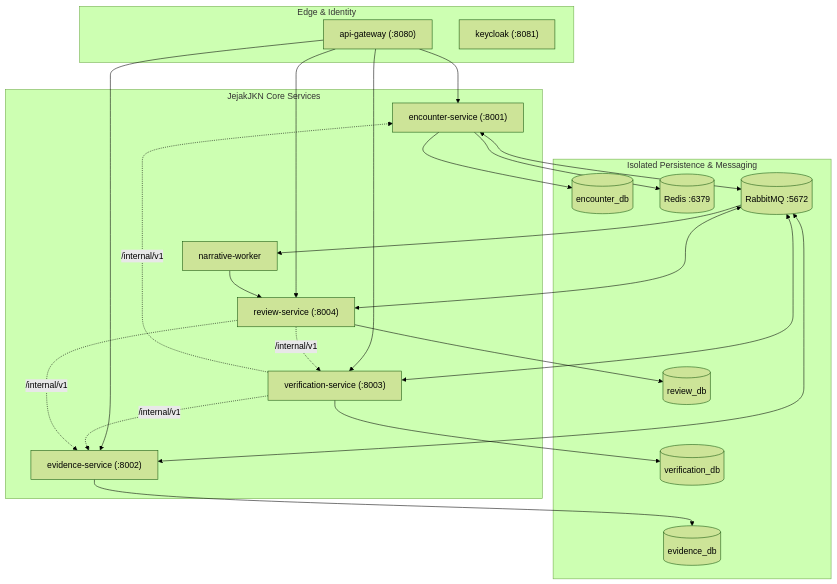
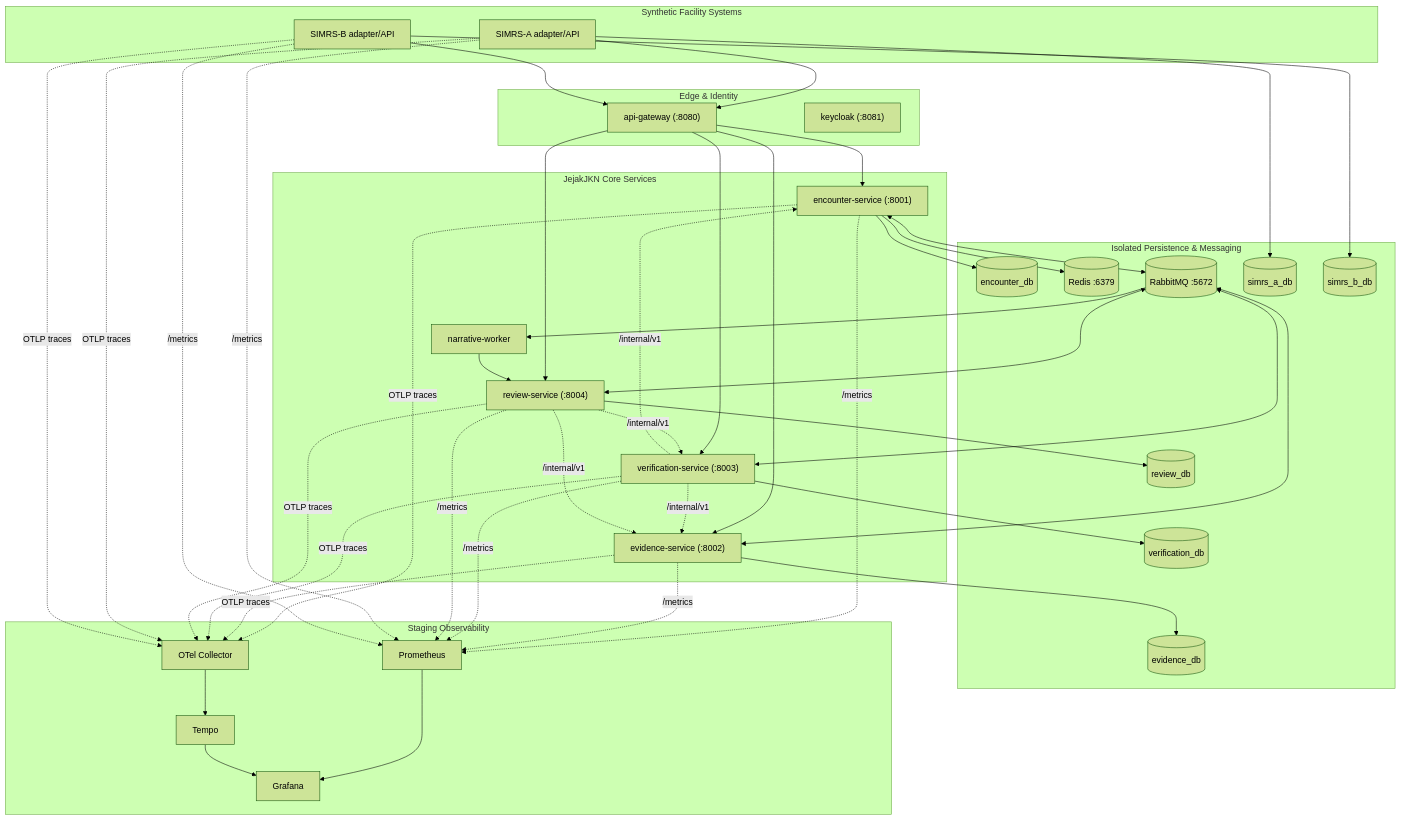
One commit to FirdausHealthkathon2026/JejakJKN changed the diagram in docs/architecture/c4-containers.md. Above: the diagram before and after it, drawn with Mermaid (forest theme). The commit also changed 10 other files, not shown here.

````diff
--- a/docs/architecture/c4-containers.md
+++ b/docs/architecture/c4-containers.md
@@ -3,36 +3,57 @@
 ```mermaid
 flowchart TB
   subgraph EDGE_LAYER["Edge & Identity"]
     GW["api-gateway (:8080)"]
     KC["keycloak (:8081)"]
   end
 
   subgraph CORE_SERVICES["JejakJKN Core Services"]
     ENC["encounter-service (:8001)"]
     EVD["evidence-service (:8002)"]
     VER["verification-service (:8003)"]
     REV["review-service (:8004)"]
     NAR["narrative-worker"]
   end
 
   subgraph DATA_STORES["Isolated Persistence & Messaging"]
     PG_ENC[("encounter_db")]
     PG_EVD[("evidence_db")]
     PG_VER[("verification_db")]
     PG_REV[("review_db")]
     REDIS[("Redis :6379")]
     RMQ[("RabbitMQ :5672")]
+    PG_A[("simrs_a_db")]
+    PG_B[("simrs_b_db")]
+  end
+
+  subgraph INTEGRATIONS["Synthetic Facility Systems"]
+    SIMA["SIMRS-A adapter/API"]
+    SIMB["SIMRS-B adapter/API"]
+  end
+
+  subgraph OBS["Staging Observability"]
+    PROM["Prometheus"]
+    GRAF["Grafana"]
+    OTEL["OTel Collector"]
+    TEMPO["Tempo"]
   end
 
   GW --> ENC & EVD & VER & REV
   ENC --> PG_ENC
   ENC --> REDIS
   EVD --> PG_EVD
   VER --> PG_VER
   REV --> PG_REV
   ENC & EVD & VER & REV <--> RMQ
   RMQ --> NAR
   NAR --> REV
   VER -. "/internal/v1" .-> ENC & EVD
   REV -. "/internal/v1" .-> VER & EVD
+  SIMA --> PG_A
+  SIMB --> PG_B
+  SIMA & SIMB --> GW
+  ENC & EVD & VER & REV & SIMA & SIMB -. "/metrics" .-> PROM
+  PROM --> GRAF
+  ENC & EVD & VER & REV & SIMA & SIMB -. "OTLP traces" .-> OTEL
+  OTEL --> TEMPO --> GRAF
 ```
````
